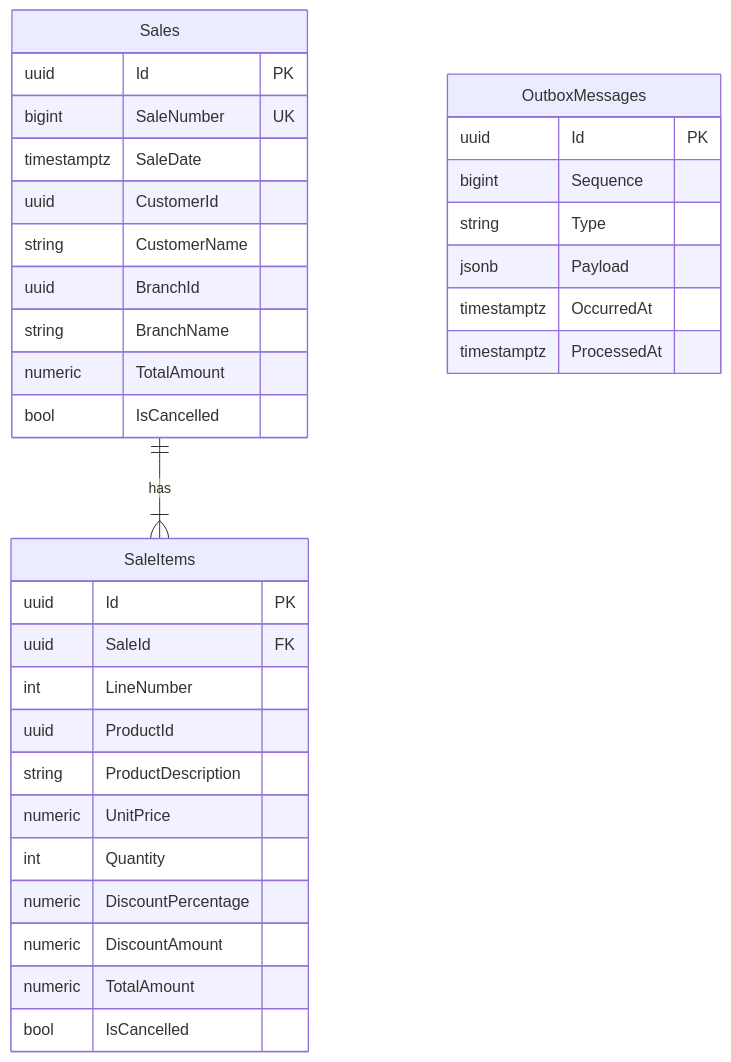
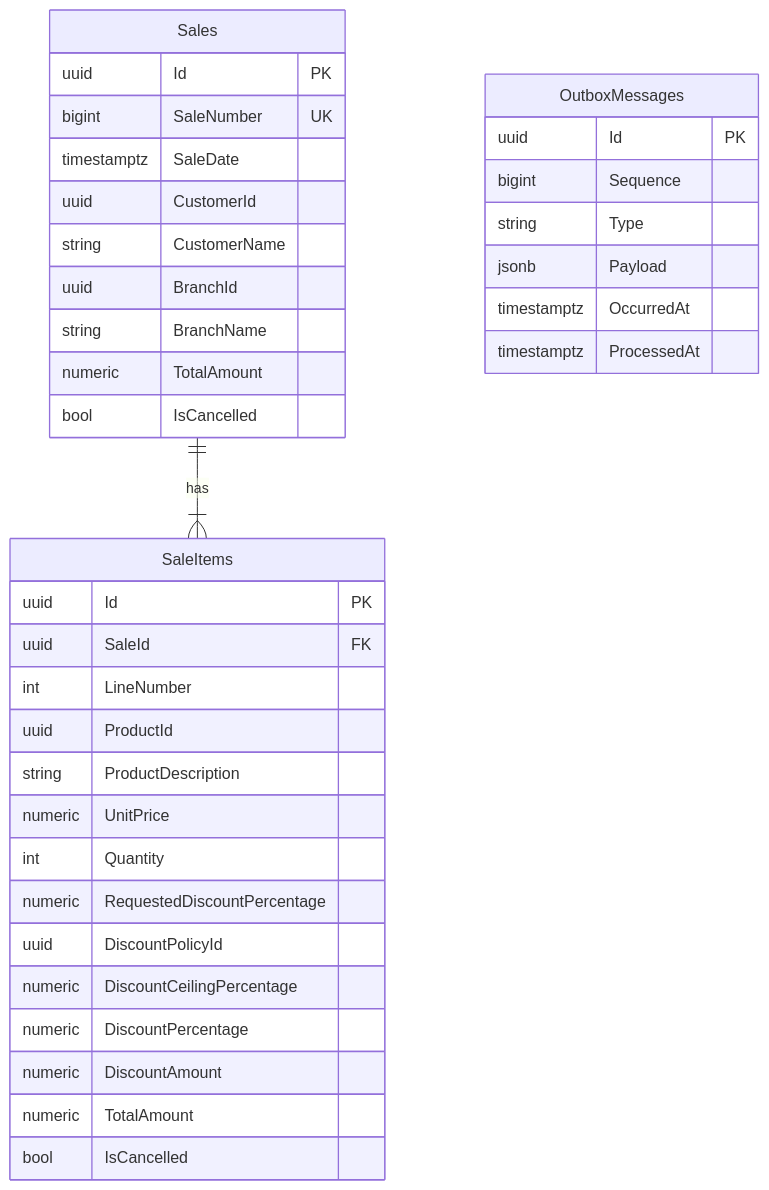
One commit to idg2/mouts-backend-challenge changed the first of 21 diagrams in backend/docs/sales.md. Above: the diagram before and after it, drawn with Mermaid. The commit also changed other lines of this file and 128 other files, not shown here.

Commit message:
feat: discount policy matrix with append-only scoped policies, priced sale items, and policy disabling

````diff
--- a/backend/docs/sales.md
+++ b/backend/docs/sales.md
@@ -20,36 +20,39 @@
 ```mermaid
 erDiagram
   Sales ||--|{ SaleItems : "has"
   Sales {
     uuid Id PK
     bigint SaleNumber UK
     timestamptz SaleDate
     uuid CustomerId
     string CustomerName
     uuid BranchId
     string BranchName
     numeric TotalAmount
     bool IsCancelled
   }
   SaleItems {
     uuid Id PK
     uuid SaleId FK
     int LineNumber
     uuid ProductId
     string ProductDescription
     numeric UnitPrice
     int Quantity
+    numeric RequestedDiscountPercentage
+    uuid DiscountPolicyId
+    numeric DiscountCeilingPercentage
     numeric DiscountPercentage
     numeric DiscountAmount
     numeric TotalAmount
     bool IsCancelled
   }
   OutboxMessages {
     uuid Id PK
     bigint Sequence
     string Type
     jsonb Payload
     timestamptz OccurredAt
     timestamptz ProcessedAt
   }
 ```
````
